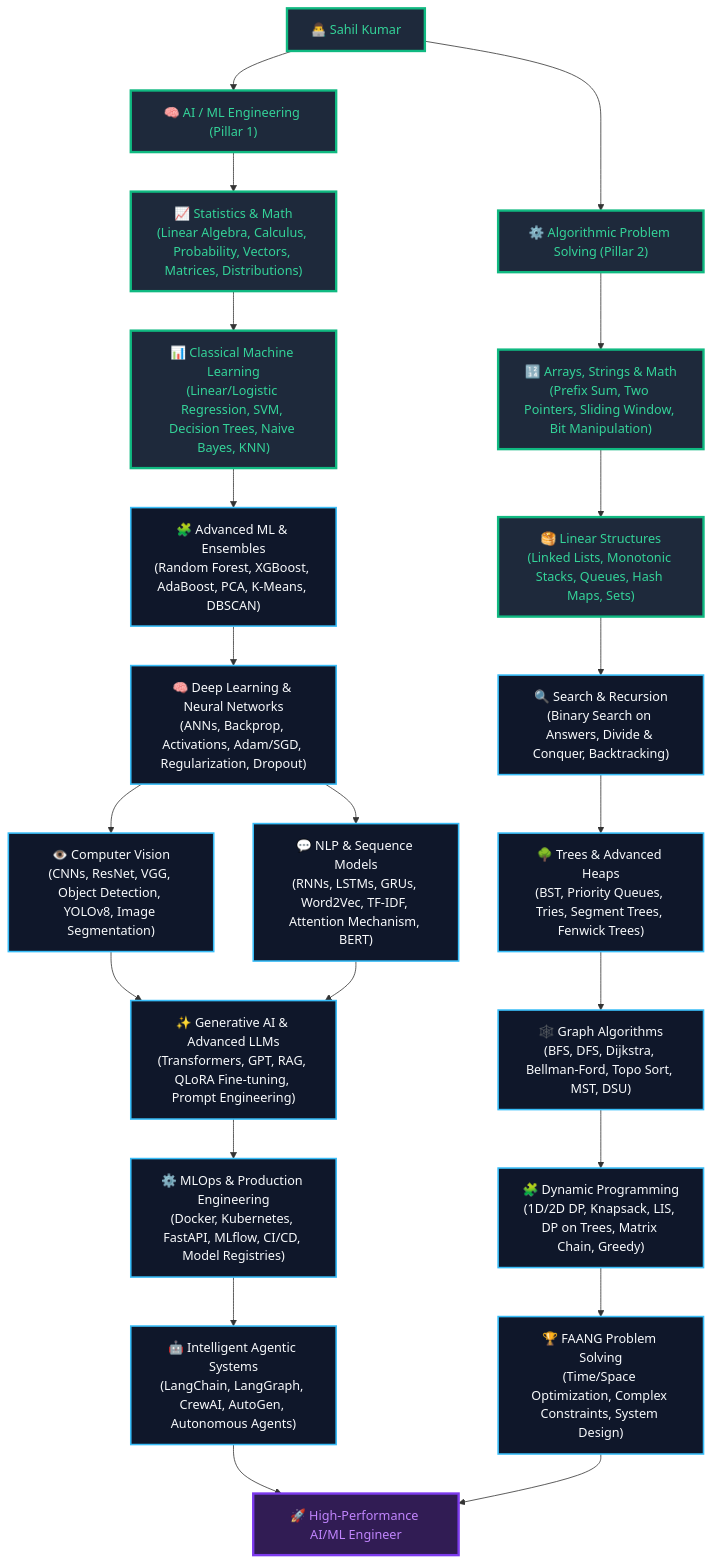
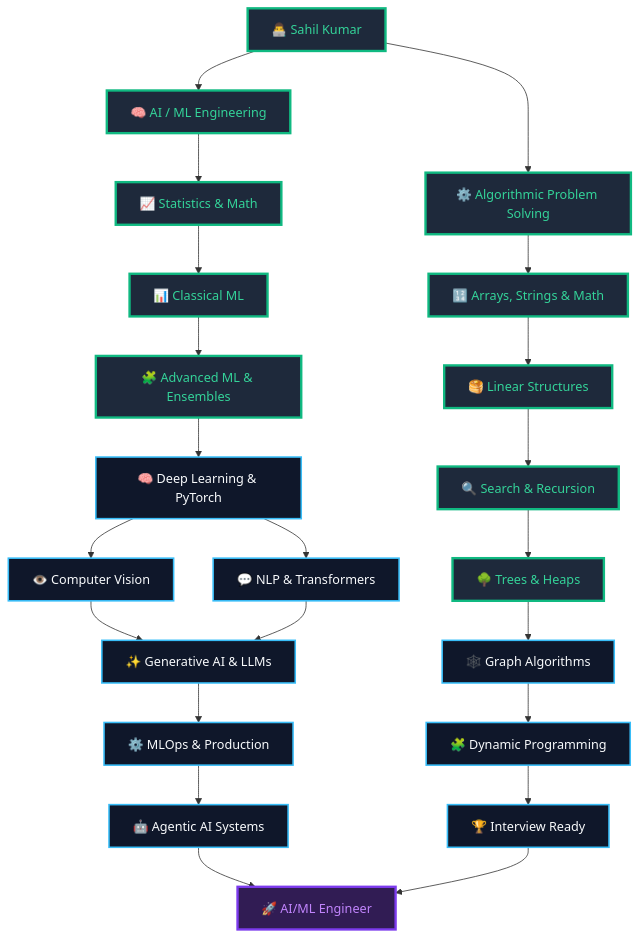
Before and after one commit to Sahil-K-Y/Sahil-K-Y: the diagram in README.md, drawn with Mermaid. The commit also changed other lines of this file, not shown here.

Commit message:
docs: professional profile README — Day 050 progress, dual-pillar journey, project showcase

````diff
--- a/README.md
+++ b/README.md
@@ -112,40 +101,36 @@
 ```mermaid
 graph TD
     A["👨‍💻 Sahil Kumar"]
     
-    %% Dual Pillars Split
-    A --> B["🧠 AI / ML Engineering (Pillar 1)"]
-    A --> C["⚙️ Algorithmic Problem Solving (Pillar 2)"]
+    A --> B["🧠 AI / ML Engineering"]
+    A --> C["⚙️ Algorithmic Problem Solving"]
     
-    %% AI/ML Engineering Path
-    B --> D0["📈 Statistics & Math<br/>(Linear Algebra, Calculus, Probability, Vectors, Matrices, Distributions)"]
-    D0 --> D["📊 Classical Machine Learning<br/>(Linear/Logistic Regression, SVM, Decision Trees, Naive Bayes, KNN)"]
-    D --> E["🧩 Advanced ML & Ensembles<br/>(Random Forest, XGBoost, AdaBoost, PCA, K-Means, DBSCAN)"]
-    E --> F["🧠 Deep Learning & Neural Networks<br/>(ANNs, Backprop, Activations, Adam/SGD, Regularization, Dropout)"]
-    F --> G["👁️ Computer Vision<br/>(CNNs, ResNet, VGG, Object Detection, YOLOv8, Image Segmentation)"]
-    F --> H["💬 NLP & Sequence Models<br/>(RNNs, LSTMs, GRUs, Word2Vec, TF-IDF, Attention Mechanism, BERT)"]
-    G --> I["✨ Generative AI & Advanced LLMs<br/>(Transformers, GPT, RAG, QLoRA Fine-tuning, Prompt Engineering)"]
+    B --> D0["📈 Statistics & Math"]
+    D0 --> D["📊 Classical ML"]
+    D --> E["🧩 Advanced ML & Ensembles"]
+    E --> F["🧠 Deep Learning & PyTorch"]
+    F --> G["👁️ Computer Vision"]
+    F --> H["💬 NLP & Transformers"]
+    G --> I["✨ Generative AI & LLMs"]
     H --> I
-    I --> J["⚙️ MLOps & Production Engineering<br/>(Docker, Kubernetes, FastAPI, MLflow, CI/CD, Model Registries)"]
-    J --> K["🤖 Intelligent Agentic Systems<br/>(LangChain, LangGraph, CrewAI, AutoGen, Autonomous Agents)"]
+    I --> J["⚙️ MLOps & Production"]
+    J --> K["🤖 Agentic AI Systems"]
     
-    %% DSA Path (Complete Linear & Non-Linear)
-    C --> C0["🔢 Arrays, Strings & Math<br/>(Prefix Sum, Two Pointers, Sliding Window, Bit Manipulation)"]
-    C0 --> L["🥞 Linear Structures<br/>(Linked Lists, Monotonic Stacks, Queues, Hash Maps, Sets)"]
-    L --> M["🔍 Search & Recursion<br/>(Binary Search on Answers, Divide & Conquer, Backtracking)"]
-    M --> N["🌳 Trees & Advanced Heaps<br/>(BST, Priority Queues, Tries, Segment Trees, Fenwick Trees)"]
-    N --> P["🕸️ Graph Algorithms<br/>(BFS, DFS, Dijkstra, Bellman-Ford, Topo Sort, MST, DSU)"]
-    P --> Q["🧩 Dynamic Programming<br/>(1D/2D DP, Knapsack, LIS, DP on Trees, Matrix Chain, Greedy)"]
-    Q --> R["🏆 FAANG Problem Solving<br/>(Time/Space Optimization, Complex Constraints, System Design)"]
+    C --> C0["🔢 Arrays, Strings & Math"]
+    C0 --> L["🥞 Linear Structures"]
+    L --> M["🔍 Search & Recursion"]
+    M --> N["🌳 Trees & Heaps"]
+    N --> P["🕸️ Graph Algorithms"]
+    P --> Q["🧩 Dynamic Programming"]
+    Q --> R["🏆 Interview Ready"]
     
-    %% Convergence at Graduation
-    K --> O["🚀 High-Performance AI/ML Engineer"]
+    K --> O["🚀 AI/ML Engineer"]
     R --> O
     
     classDef default fill:#0F172A,stroke:#38BDF8,stroke-width:2px,color:#F8FAFC;
     classDef active fill:#1E293B,stroke:#10B981,stroke-width:3px,color:#34D399;
     classDef capstone fill:#311C54,stroke:#7C3AED,stroke-width:3px,color:#C084FC;
     
-    class A,B,C,C0,D0,D,L active;
+    class A,B,C,C0,D0,D,E,L,M,N active;
     class O capstone;
 ```
````
